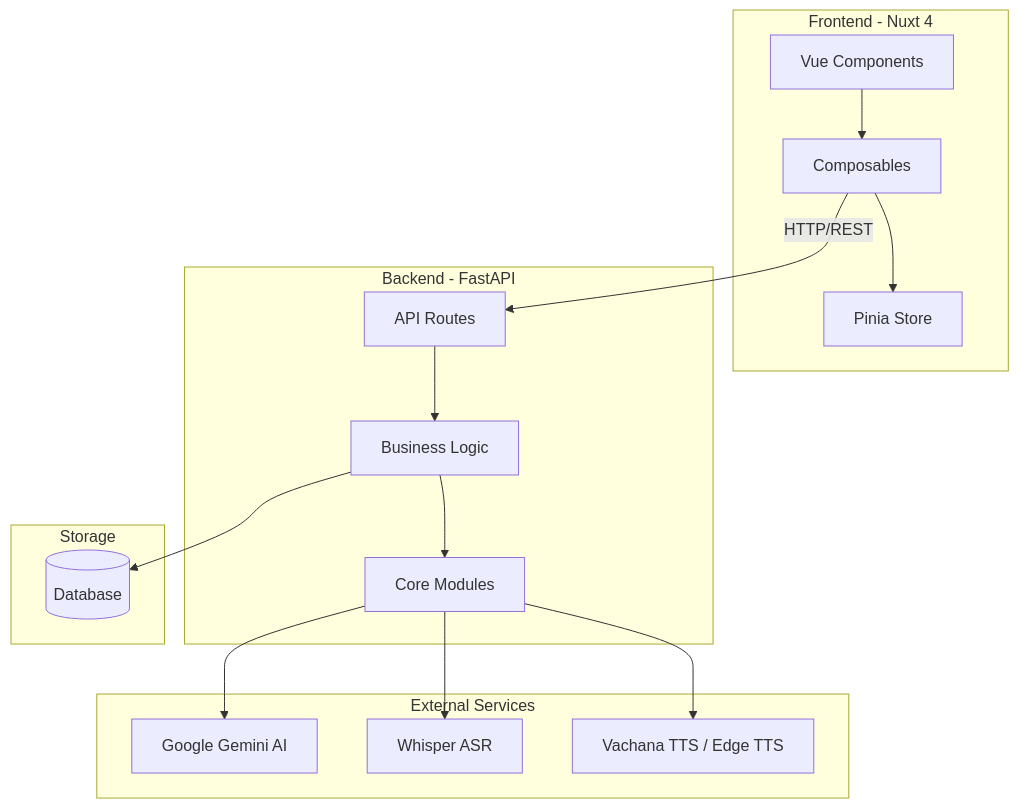
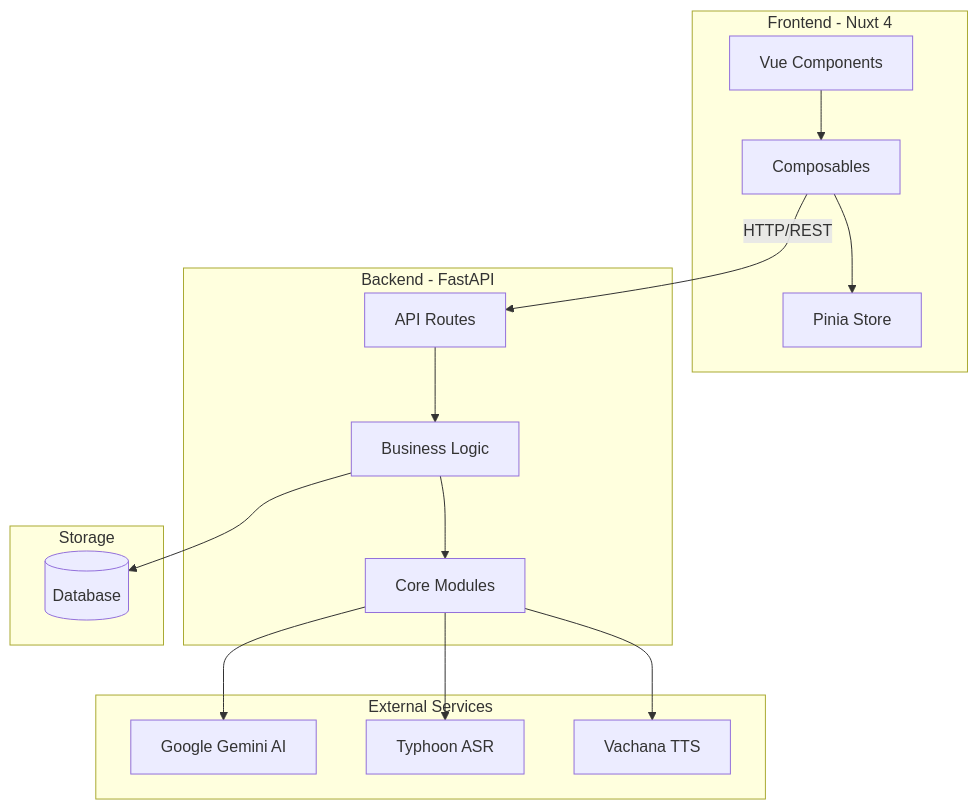
The first of 2 diagrams in docs/architecture/overview.md (folknawatt/ai-interview), drawn with Mermaid before and after one commit. The commit also changed other lines of this file and 2 other files, not shown here.

Commit message:
Change Whisper to be  Typhoon and Vachana

````diff
--- a/docs/architecture/overview.md
+++ b/docs/architecture/overview.md
@@ -7,34 +7,34 @@
 ```mermaid
 graph TB
     subgraph "Frontend - Nuxt 4"
         UI[Vue Components]
         Store[Pinia Store]
         Composables[Composables]
         UI --> Composables
         Composables --> Store
     end
 
     subgraph "Backend - FastAPI"
         API[API Routes]
         Services[Business Logic]
         Core[Core Modules]
         API --> Services
         Services --> Core
     end
 
     subgraph "External Services"
         Gemini[Google Gemini AI]
-        Whisper[Whisper ASR]
-        TTS[Vachana TTS / Edge TTS]
+        Typhoon[Typhoon ASR]
+        TTS[Vachana TTS]
     end
 
     subgraph "Storage"
         Database[(Database)]
     end
 
     Composables -->|HTTP/REST| API
     Core --> Gemini
-    Core --> Whisper
+    Core --> Typhoon
     Core --> TTS
     Services --> Database
 ```
````
